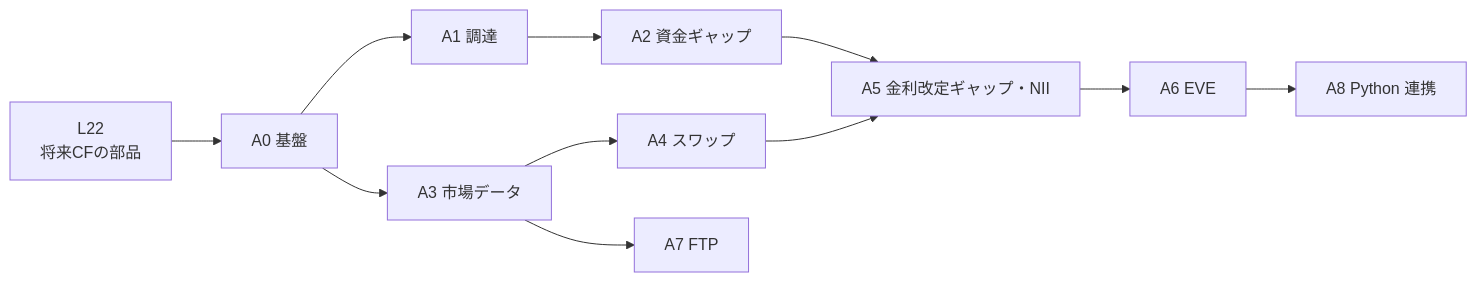
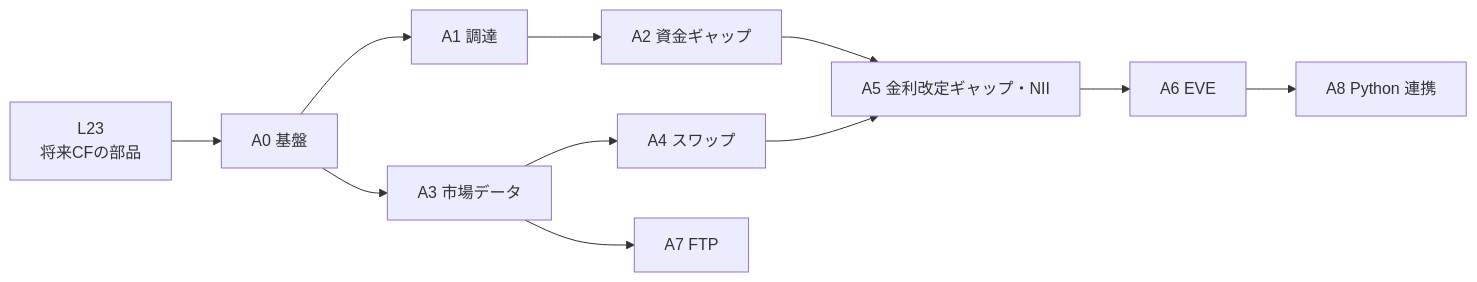
Before and after one commit to naofum/ofbiz-plugins-finance: the second of 2 diagrams in REQUIREMENTS_ALM.md, drawn with Mermaid. The commit also changed other lines of this file and 7 other files, not shown here.

Commit message:
docs: plan lessee plugin (REQUIREMENTS_LESSEE.md, SPEC_LESSEE.md); sublease bridge as L22, cash flow provider renumbered to L23

````diff
--- a/REQUIREMENTS_ALM.md
+++ b/REQUIREMENTS_ALM.md
@@ -138,13 +138,13 @@
 ```mermaid
 flowchart LR
-    L22[L22<br/>将来CFの部品] --> A0[A0 基盤]
+    L23[L23<br/>将来CFの部品] --> A0[A0 基盤]
     A0 --> A1[A1 調達]
     A1 --> A2[A2 資金ギャップ]
     A0 --> A3[A3 市場データ]
     A3 --> A4[A4 スワップ]
     A2 --> A5[A5 金利改定ギャップ・NII]
     A4 --> A5
     A5 --> A6[A6 EVE]
     A3 --> A7[A7 FTP]
     A6 --> A8[A8 Python 連携]
 ```
````
